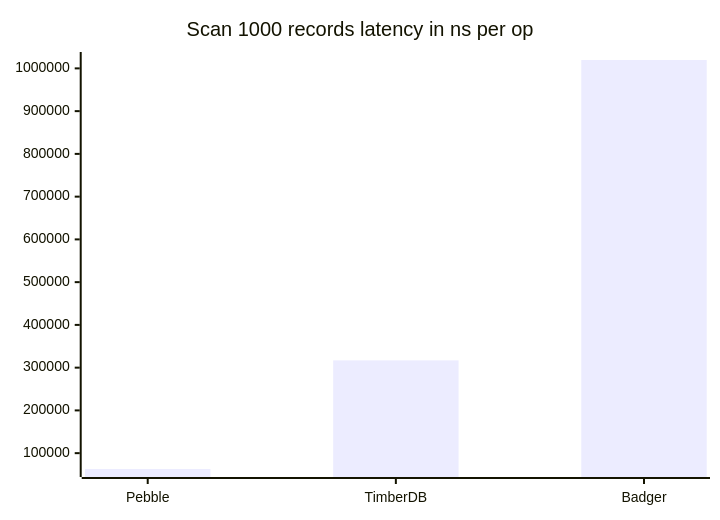
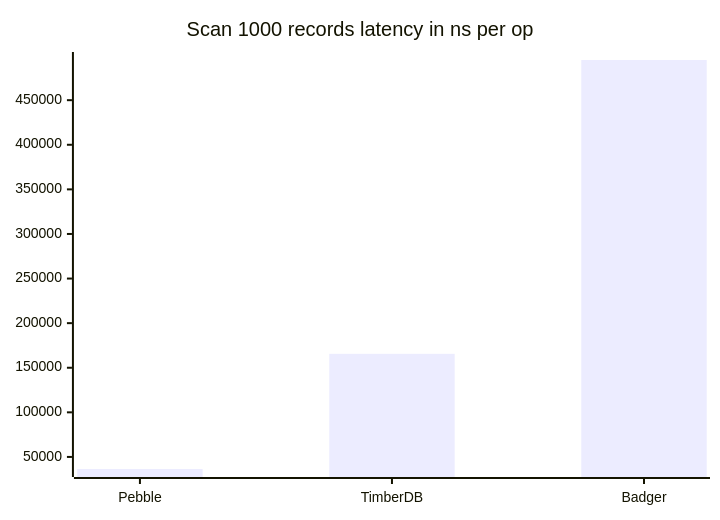
Before and after one commit to ngaddam369/timberdb: the third of 3 diagrams in README.md, drawn with Mermaid. The commit also changed other lines of this file and 9 other files, not shown here.

````diff
--- a/README.md
+++ b/README.md
@@ -77,6 +77,6 @@
 ```mermaid
 xychart-beta
     title "Scan 1000 records latency in ns per op"
     x-axis [Pebble, TimberDB, Badger]
-    bar [62939, 317020, 1019606]
+    bar [36470, 165579, 495048]
 ```
````
